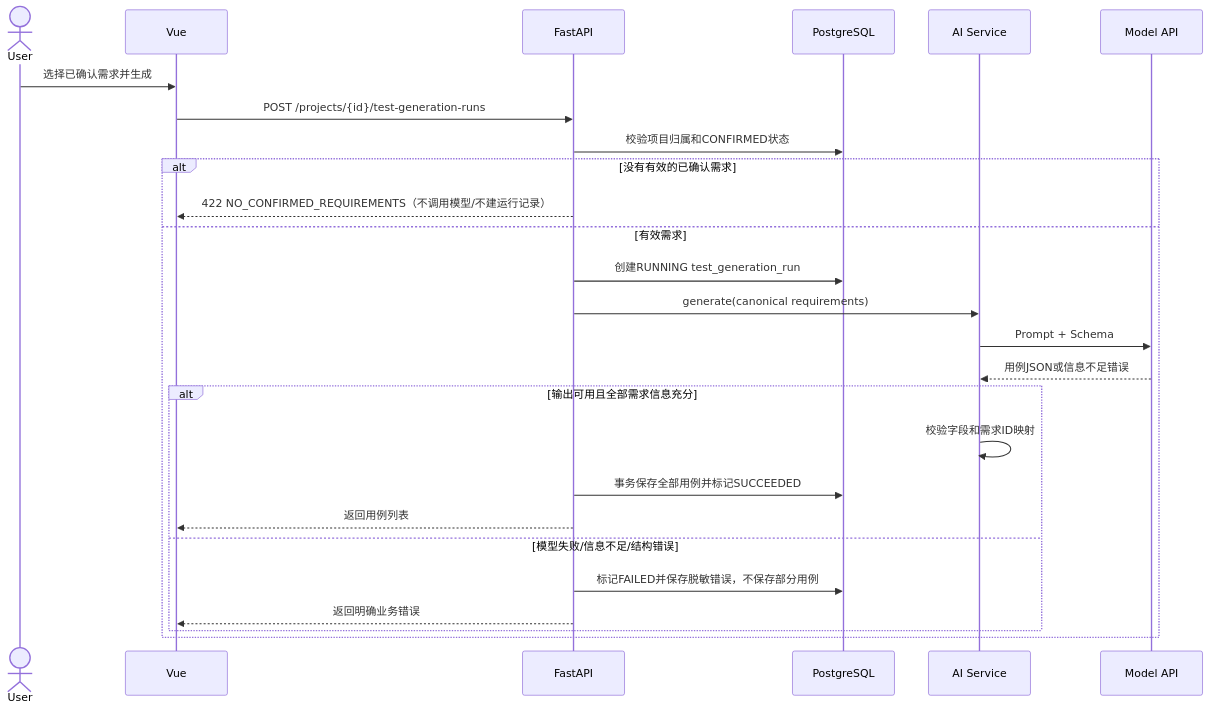
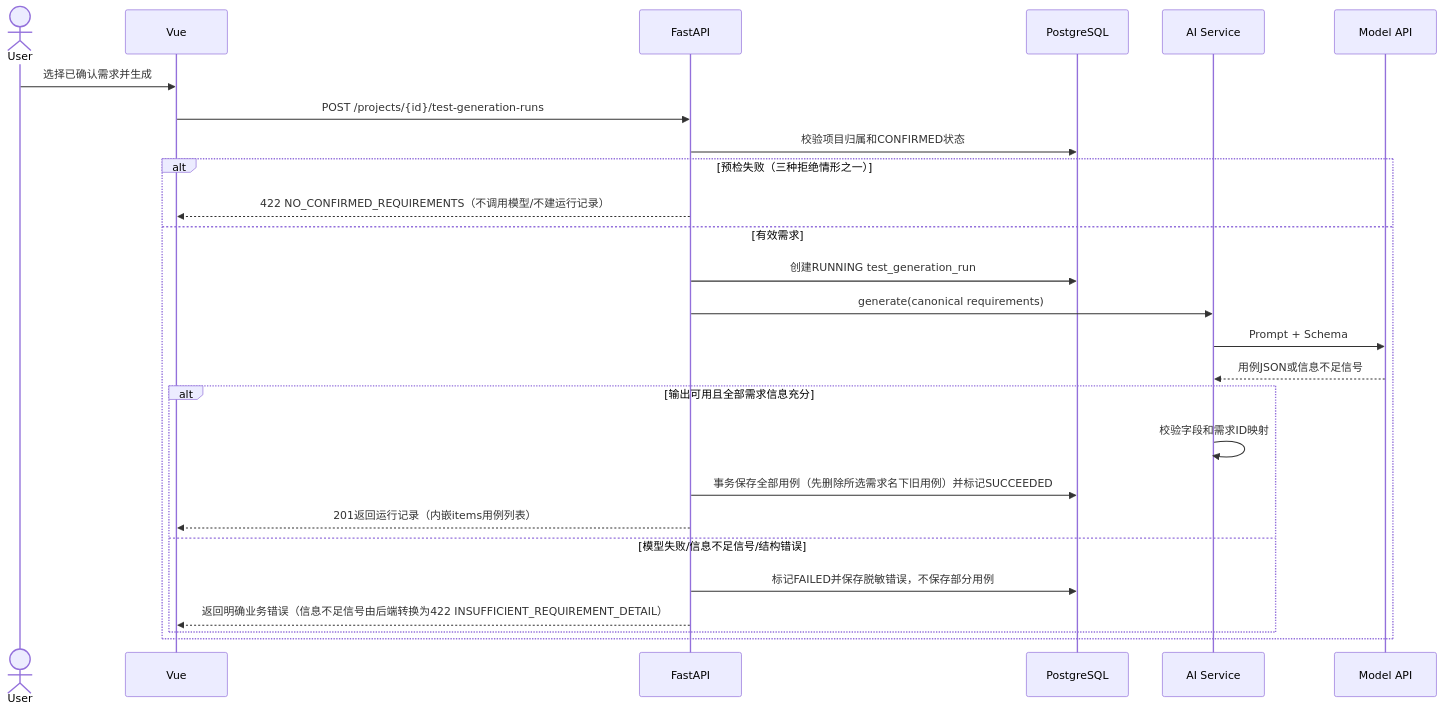
The fourth of 6 diagrams in docs/07-system-design.md (ConleyDing/ReqFlow), drawn with Mermaid before and after one commit. The commit also changed other lines of this file and 32 other files, not shown here.

````diff
--- a/docs/07-system-design.md
+++ b/docs/07-system-design.md
@@ -126,28 +126,28 @@
 ```mermaid
 sequenceDiagram
   actor User
   participant UI as Vue
   participant API as FastAPI
   participant DB as PostgreSQL
   participant AI as AI Service
   participant LLM as Model API
   User->>UI: 选择已确认需求并生成
   UI->>API: POST /projects/{id}/test-generation-runs
   API->>DB: 校验项目归属和CONFIRMED状态
-  alt 没有有效的已确认需求
+  alt 预检失败（三种拒绝情形之一）
     API-->>UI: 422 NO_CONFIRMED_REQUIREMENTS（不调用模型/不建运行记录）
   else 有效需求
     API->>DB: 创建RUNNING test_generation_run
     API->>AI: generate(canonical requirements)
     AI->>LLM: Prompt + Schema
-    LLM-->>AI: 用例JSON或信息不足错误
+    LLM-->>AI: 用例JSON或信息不足信号
     alt 输出可用且全部需求信息充分
       AI->>AI: 校验字段和需求ID映射
-      API->>DB: 事务保存全部用例并标记SUCCEEDED
-      API-->>UI: 返回用例列表
-    else 模型失败/信息不足/结构错误
+      API->>DB: 事务保存全部用例（先删除所选需求名下旧用例）并标记SUCCEEDED
+      API-->>UI: 201返回运行记录（内嵌items用例列表）
+    else 模型失败/信息不足信号/结构错误
       API->>DB: 标记FAILED并保存脱敏错误，不保存部分用例
-      API-->>UI: 返回明确业务错误
+      API-->>UI: 返回明确业务错误（信息不足信号由后端转换为422 INSUFFICIENT_REQUIREMENT_DETAIL）
     end
   end
 ```
````
